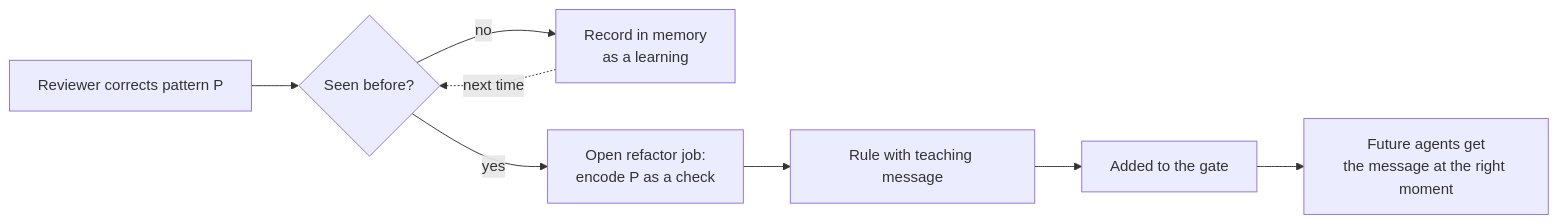
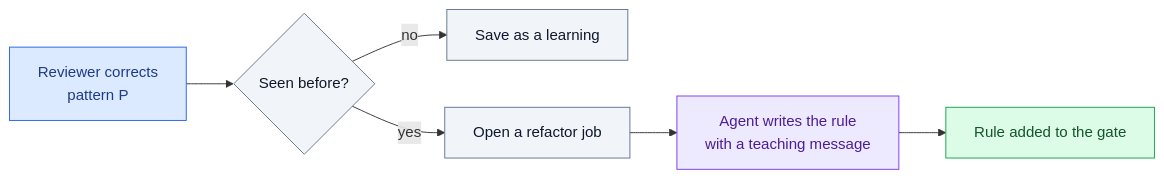
Before and after one commit to icelink-ai/software-factory-manifesto: the diagram in docs/03-guardrails/teaching-lint-rules.md, drawn with Mermaid. The commit also changed other lines of this file and 73 other files, not shown here.

````diff
--- a/docs/03-guardrails/teaching-lint-rules.md
+++ b/docs/03-guardrails/teaching-lint-rules.md
@@ -27,10 +31,12 @@
 ```mermaid
 flowchart LR
-    A["Reviewer corrects pattern P"] --> B{"Seen before?"}
-    B -->|no| M["Record in memory<br/>as a learning"]
-    B -->|yes| J["Open refactor job:<br/>encode P as a check"]
-    J --> R["Rule with teaching message"]
-    R --> G["Added to the gate"]
-    G --> F["Future agents get<br/>the message at the right moment"]
-    M -. next time .-> B
+    A["Reviewer corrects<br/>pattern P"]:::person --> B{"Seen before?"}:::script
+    B -->|no| M["Save as a learning"]:::script
+    B -->|yes| J["Open a refactor job"]:::script
+    J --> R["Agent writes the rule<br/>with a teaching message"]:::agent
+    R --> G["Rule added to the gate"]:::state
+    classDef person fill:#dbeafe,stroke:#2563eb,color:#1e3a8a
+    classDef script fill:#f1f5f9,stroke:#64748b,color:#0f172a
+    classDef agent fill:#ede9fe,stroke:#7c3aed,color:#4c1d95
+    classDef state fill:#dcfce7,stroke:#16a34a,color:#14532d
 ```
````
